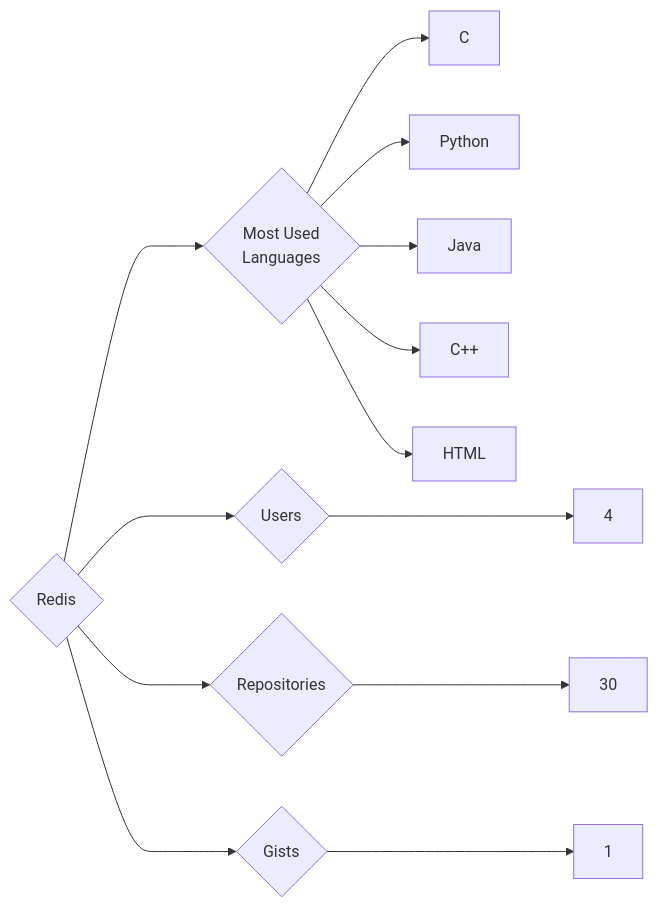
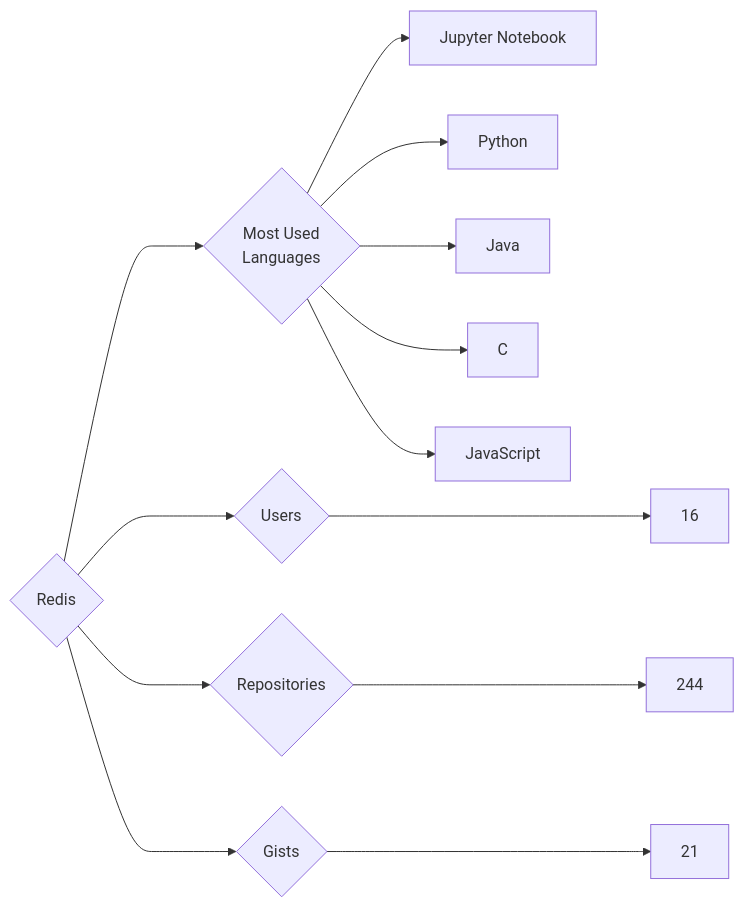
Before and after one commit to trickest/insiders: the diagram in targets/Redis/README.md, drawn with Mermaid. The commit also changed 939 other files, not shown here.

````diff
--- a/targets/Redis/README.md
+++ b/targets/Redis/README.md
@@ -3,13 +3,13 @@
 ```mermaid
 graph LR
 COMPANY_NAME{Redis}
-COMPANY_NAME ---> U{Users} ---> UN[4]
-COMPANY_NAME ---> R{Repositories} ---> RN[30]
-COMPANY_NAME ---> G{Gists} ---> GN[1]
+COMPANY_NAME ---> U{Users} ---> UN[16]
+COMPANY_NAME ---> R{Repositories} ---> RN[244]
+COMPANY_NAME ---> G{Gists} ---> GN[21]
 COMPANY_NAME ---> ML{Most Used<br>Languages}
-ML --> C[C]
+ML --> Jupyter_Notebook[Jupyter Notebook]
 ML --> Python[Python]
 ML --> Java[Java]
-ML --> C++[C++]
-ML --> HTML[HTML]
+ML --> C[C]
+ML --> JavaScript[JavaScript]
 ```
````
